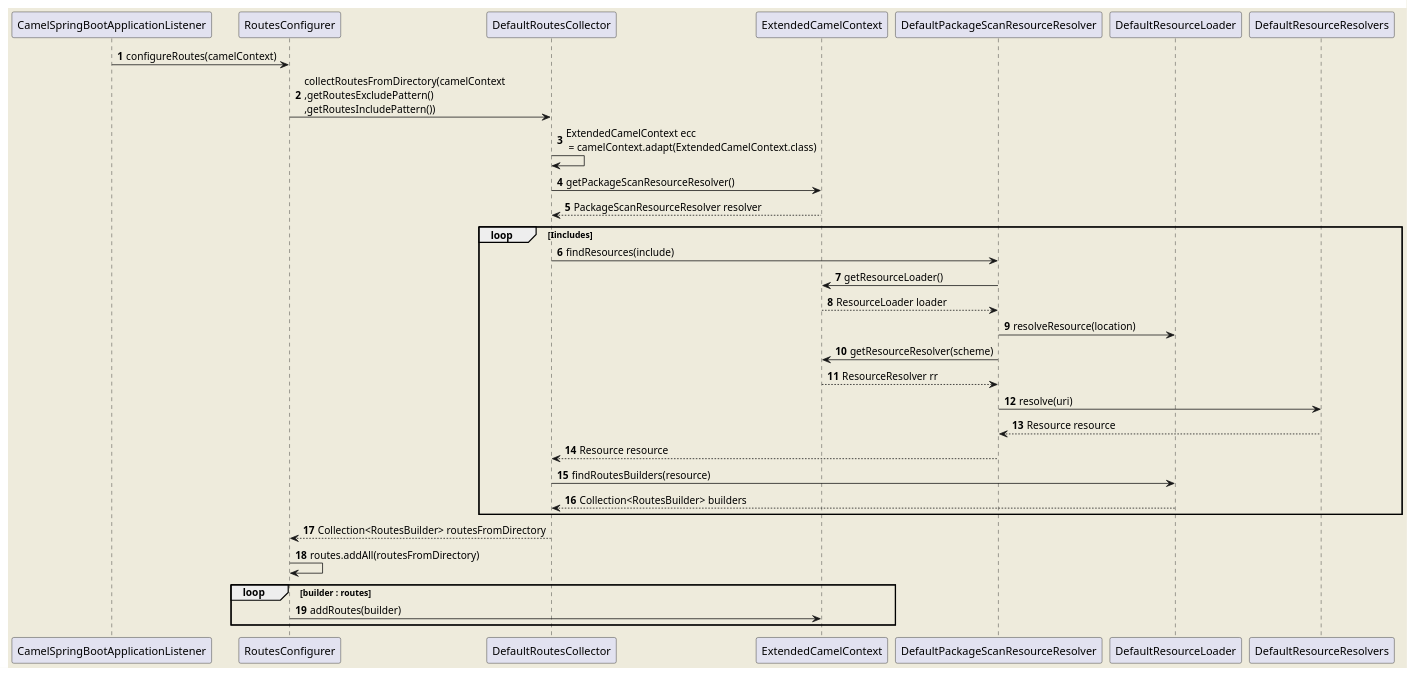
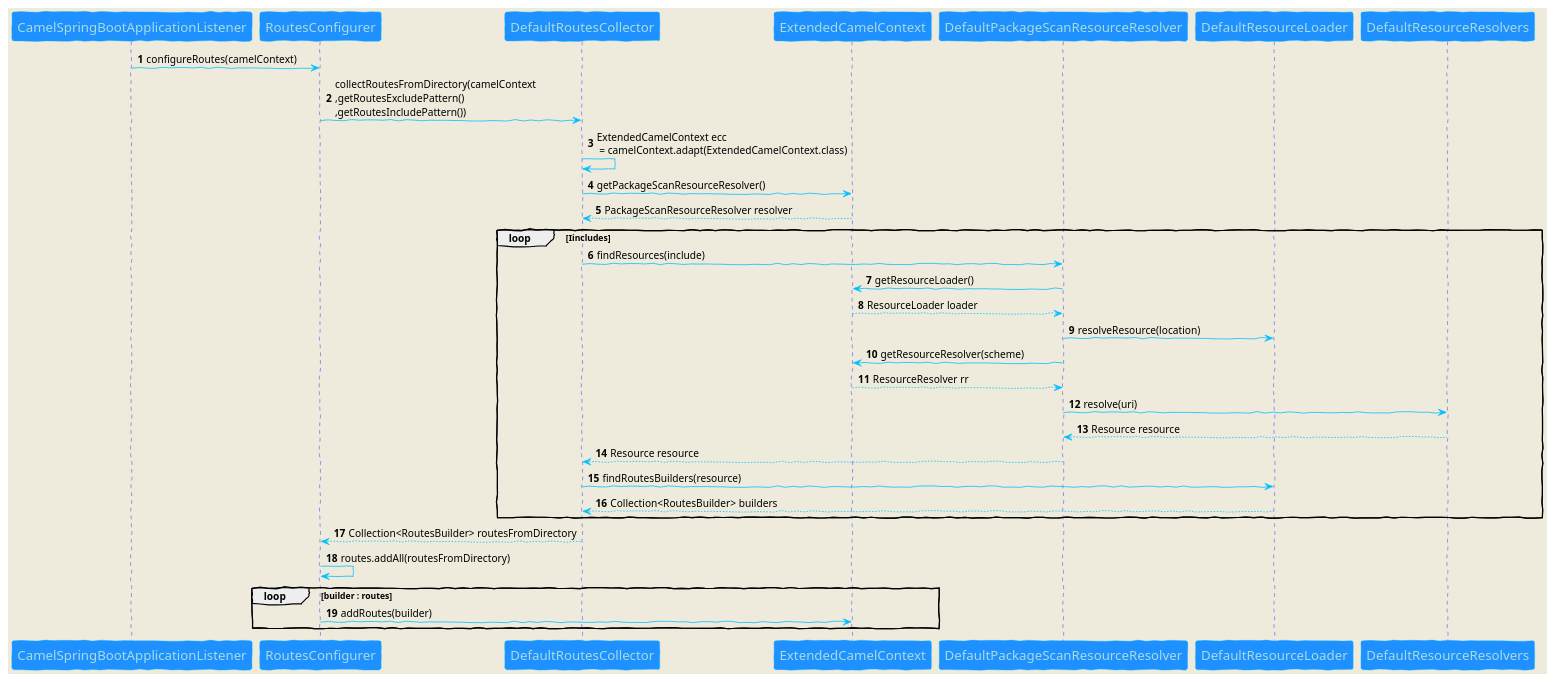
Before and after one commit to mujidd/integration-platform-camel: the diagram in src/main/resources/CamelRoutsCollector.puml, drawn with PlantUML. The commit also changed 21 other files, not shown here.

```diff
--- a/src/main/resources/CamelRoutsCollector.puml
+++ b/src/main/resources/CamelRoutsCollector.puml
@@ -1,49 +1,49 @@
 @startuml
 'https://plantuml.com/sequence-diagram
 skinparam backgroundColor #EEEBDC
-'skinparam handwritten true
+skinparam handwritten true
 
 skinparam sequence {
-'ArrowColor DeepSkyBlue
-'ActorBorderColor DeepSkyBlue
-'LifeLineBorderColor blue
-'LifeLineBackgroundColor #A9DCDF
-'
-'ParticipantBorderColor DeepSkyBlue
-'ParticipantBackgroundColor DodgerBlue
-'ParticipantFontName Impact
-'ParticipantFontSize 17
-'ParticipantFontColor #A9DCDF
-'
-'ActorBackgroundColor aqua
-'ActorFontColor DeepSkyBlue
-'ActorFontSize 17
-'ActorFontName Aapex
+ArrowColor DeepSkyBlue
+ActorBorderColor DeepSkyBlue
+LifeLineBorderColor blue
+LifeLineBackgroundColor #A9DCDF
+
+ParticipantBorderColor DeepSkyBlue
+ParticipantBackgroundColor DodgerBlue
+ParticipantFontName Impact
+ParticipantFontSize 17
+ParticipantFontColor #A9DCDF
+
+ActorBackgroundColor aqua
+ActorFontColor DeepSkyBlue
+ActorFontSize 17
+ActorFontName Aapex
 }
 
 autonumber
 
 CamelSpringBootApplicationListener -> RoutesConfigurer: configureRoutes(camelContext)
 RoutesConfigurer -> DefaultRoutesCollector: collectRoutesFromDirectory(camelContext\n,getRoutesExcludePattern()\n,getRoutesIncludePattern())
 DefaultRoutesCollector -> DefaultRoutesCollector: ExtendedCamelContext ecc\n = camelContext.adapt(ExtendedCamelContext.class)
 DefaultRoutesCollector -> ExtendedCamelContext: getPackageScanResourceResolver()
 DefaultRoutesCollector <-- ExtendedCamelContext: PackageScanResourceResolver resolver
 loop Iincludes
 DefaultRoutesCollector -> DefaultPackageScanResourceResolver: findResources(include)
 DefaultPackageScanResourceResolver -> ExtendedCamelContext: getResourceLoader()
 DefaultPackageScanResourceResolver <-- ExtendedCamelContext: ResourceLoader loader
 DefaultPackageScanResourceResolver -> DefaultResourceLoader: resolveResource(location)
 DefaultPackageScanResourceResolver -> ExtendedCamelContext: getResourceResolver(scheme)
 DefaultPackageScanResourceResolver <-- ExtendedCamelContext: ResourceResolver rr
 DefaultPackageScanResourceResolver -> DefaultResourceResolvers:resolve(uri)
 DefaultPackageScanResourceResolver <-- DefaultResourceResolvers:Resource resource
 DefaultRoutesCollector <-- DefaultPackageScanResourceResolver: Resource resource
 DefaultRoutesCollector -> DefaultResourceLoader: findRoutesBuilders(resource)
 DefaultRoutesCollector <-- DefaultResourceLoader: Collection<RoutesBuilder> builders
 end
 RoutesConfigurer <-- DefaultRoutesCollector: Collection<RoutesBuilder> routesFromDirectory
 RoutesConfigurer -> RoutesConfigurer: routes.addAll(routesFromDirectory)
 loop builder : routes
 RoutesConfigurer -> ExtendedCamelContext: addRoutes(builder)
 end
 @enduml
```
